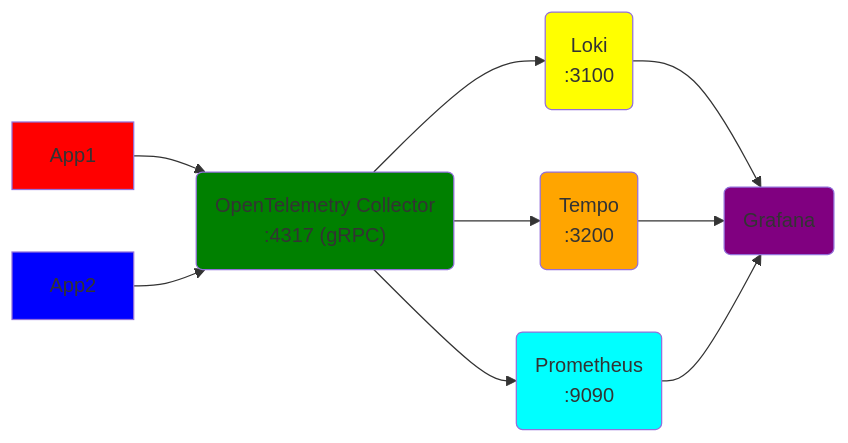
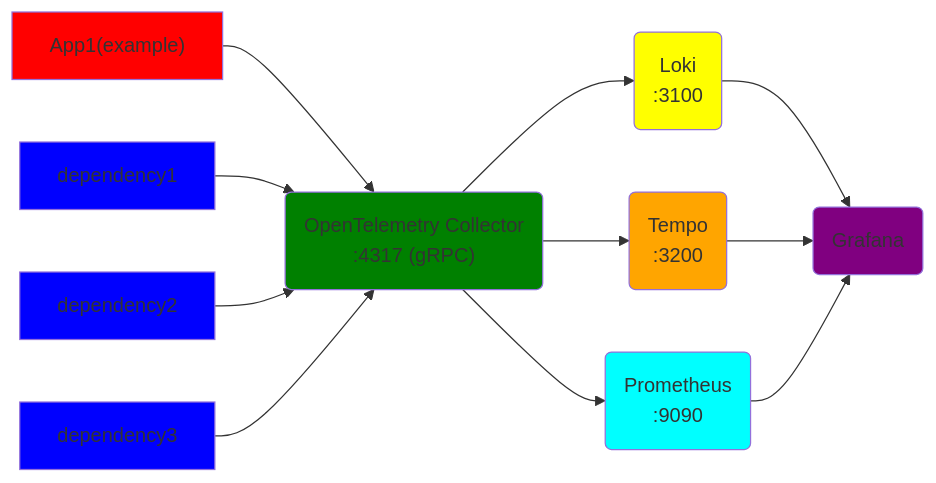
Before and after one commit to rogerhmar/OTEL-NDC-2024: the diagram in README.md, drawn with Mermaid. The commit also changed other lines of this file and 35 other files, not shown here.

````diff
--- a/README.md
+++ b/README.md
@@ -12,16 +12,20 @@
 ```mermaid
 flowchart LR
-    A["App1"] --> B("OpenTelemetry Collector \n :4317 (gRPC)")
-    C["App2"] --> B
+    A["App1(example)"] --> B("OpenTelemetry Collector \n :4317 (gRPC)")
+    H["dependency1"] --> B
+    I["dependency2"] --> B
+    J["dependency3"] --> B
     B --> D("Loki \n :3100") --> G("Grafana")
     B --> E("Tempo \n :3200") --> G
     B --> F(Prometheus \n :9090)--> G
 
     style A fill:red
     style B fill:green
-    style C fill:blue
+    style H fill:blue
+    style I fill:blue
+    style J fill:blue
     style D fill:yellow
     style E fill:orange
     style F fill:cyan
     style G fill:purple
 ```
````
